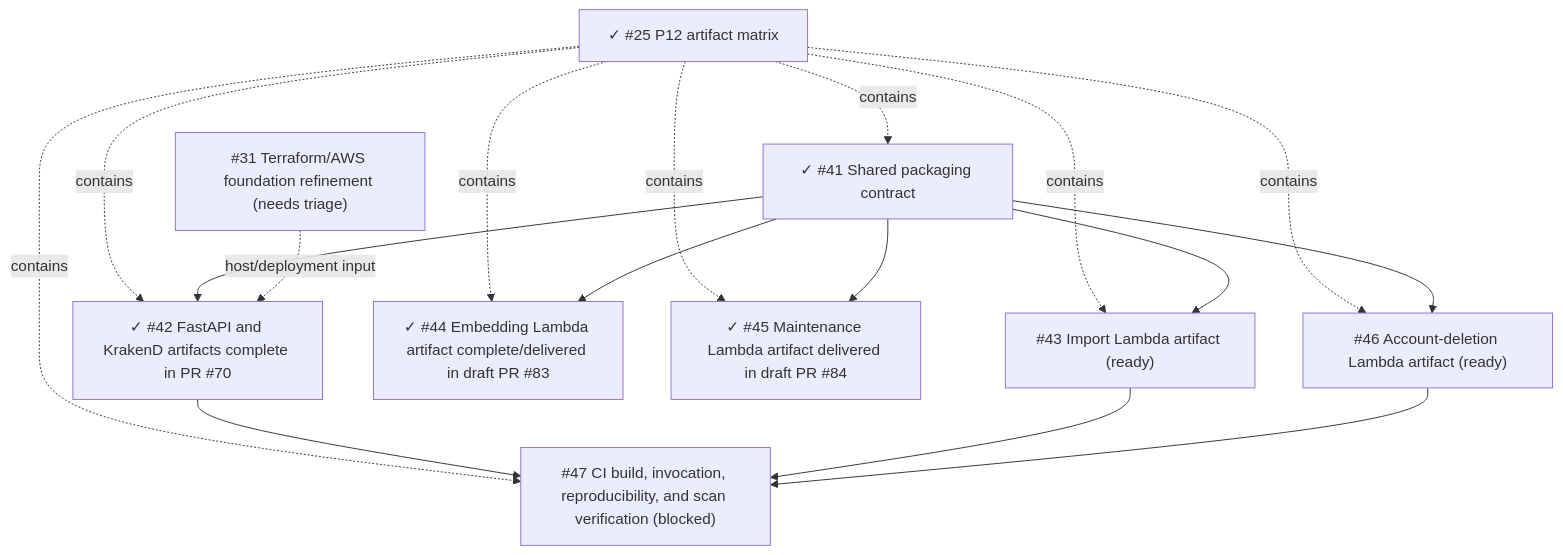
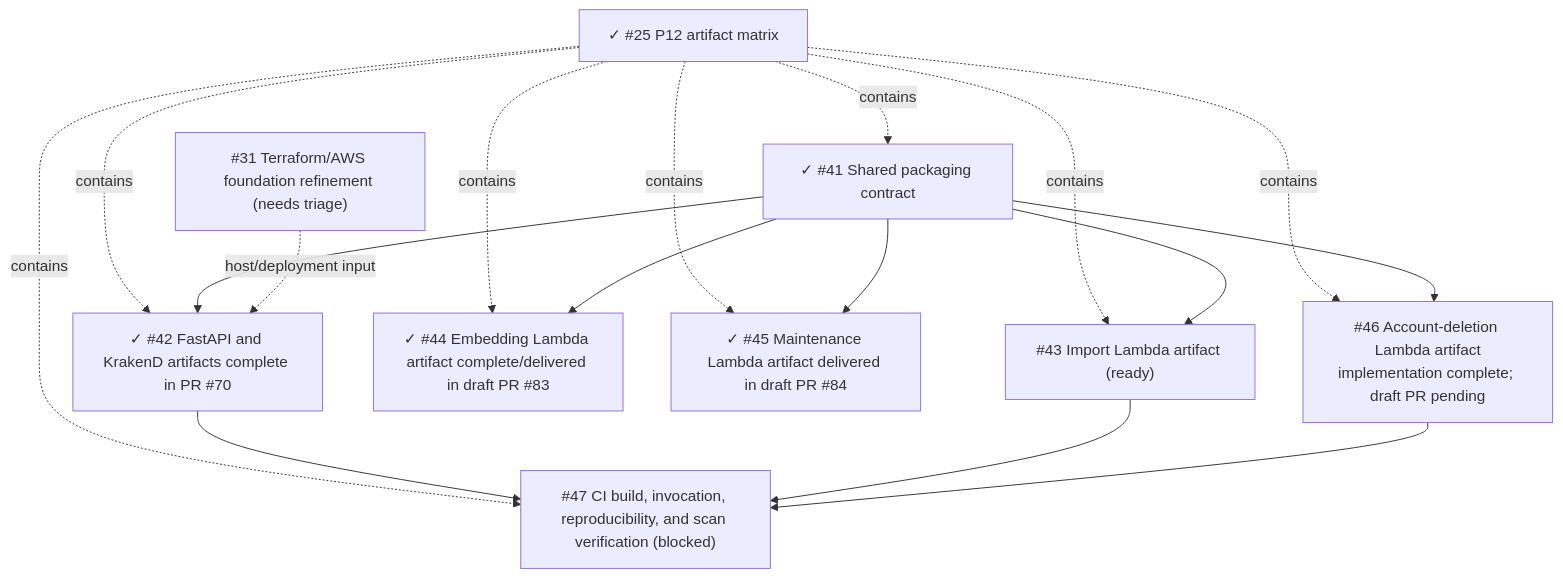
One commit to starkovalera/recipe-manager changed the diagram in docs/specs/2026-08-14-p12-production-artifact-matrix.md. Above: the diagram before and after it, drawn with Mermaid. The commit also changed other lines of this file and 11 other files, not shown here.

Commit message:
feat(infra): add account-deletion Lambda artifact

````diff
--- a/docs/specs/2026-08-14-p12-production-artifact-matrix.md
+++ b/docs/specs/2026-08-14-p12-production-artifact-matrix.md
@@ -256,32 +256,32 @@
 ```mermaid
 flowchart TD
   p25["✓ #25 P12 artifact matrix"]
   shared["✓ #41 Shared packaging contract"]
   api["✓ #42 FastAPI and KrakenD artifacts complete in PR #70"]
   import["#43 Import Lambda artifact (ready)"]
   embedding["✓ #44 Embedding Lambda artifact complete/delivered in draft PR #83"]
   maintenance["✓ #45 Maintenance Lambda artifact delivered in draft PR #84"]
-  deletion["#46 Account-deletion Lambda artifact (ready)"]
+  deletion["#46 Account-deletion Lambda artifact<br/>implementation complete; draft PR pending"]
   ci["#47 CI build, invocation, reproducibility, and scan verification (blocked)"]
   infra["#31 Terraform/AWS foundation refinement (needs triage)"]
 
   p25 -. contains .-> shared
   p25 -. contains .-> api
   p25 -. contains .-> import
   p25 -. contains .-> embedding
   p25 -. contains .-> maintenance
   p25 -. contains .-> deletion
   p25 -. contains .-> ci
 
   shared --> api
   shared --> import
   shared --> embedding
   shared --> maintenance
   shared --> deletion
 
   api --> ci
   import --> ci
   deletion --> ci
 
   infra -. host/deployment input .-> api
 ```
````
